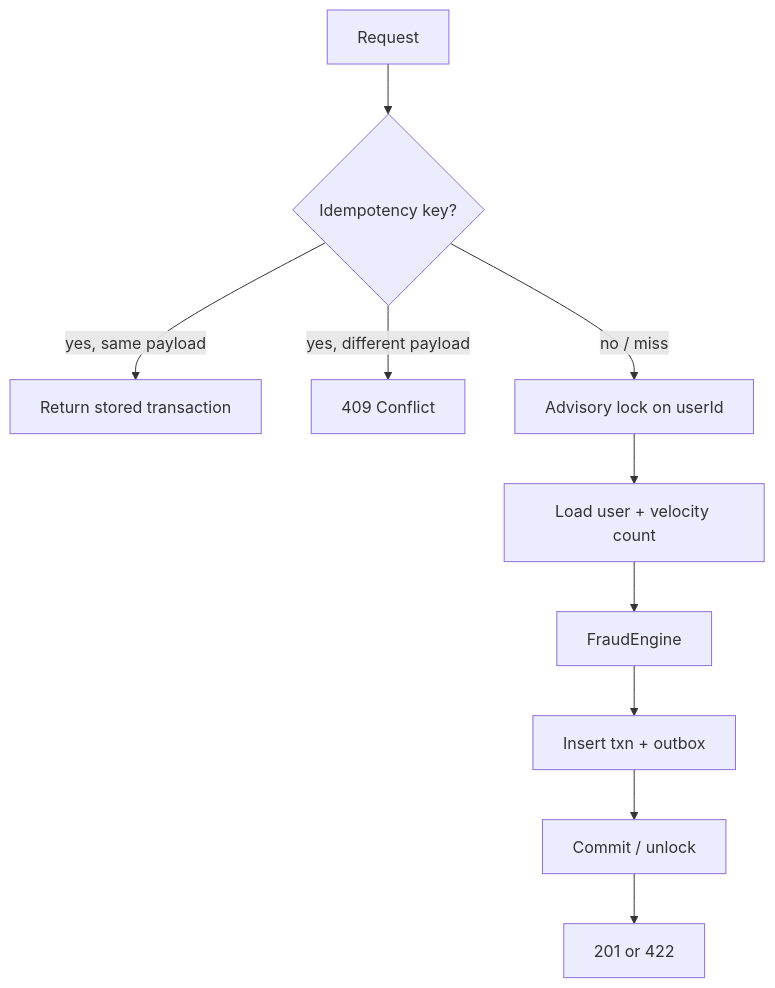
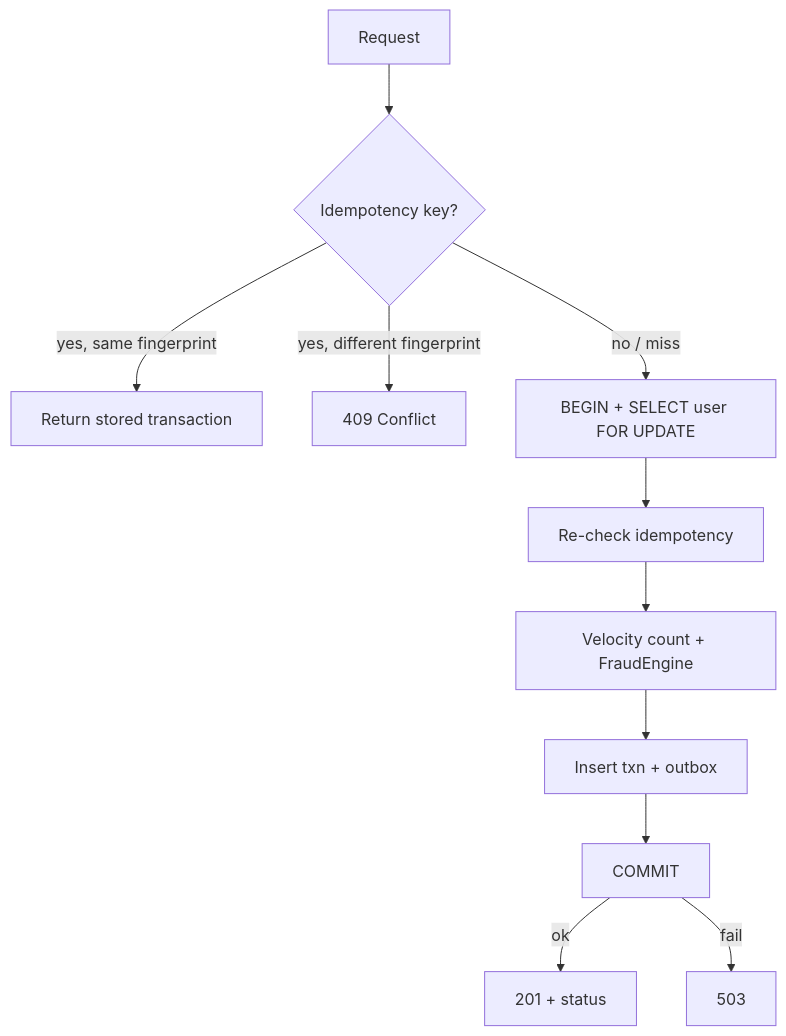
One commit to aaami1ster/payment-processing-system changed the sixth of 7 diagrams in docs/system-design.md. Above: the diagram before and after it, drawn with Mermaid. The commit also changed other lines of this file, not shown here.

Commit message:
docs: update system design document to clarify architecture and assumptions for payment processing service

````diff
--- a/docs/system-design.md
+++ b/docs/system-design.md
@@ -539,12 +931,13 @@
 ```mermaid
 flowchart TD
     A[Request] --> B{Idempotency key?}
-    B -->|yes, same payload| C[Return stored transaction]
-    B -->|yes, different payload| D[409 Conflict]
-    B -->|no / miss| E[Advisory lock on userId]
-    E --> F[Load user + velocity count]
-    F --> G[FraudEngine]
+    B -->|yes, same fingerprint| C[Return stored transaction]
+    B -->|yes, different fingerprint| D[409 Conflict]
+    B -->|no / miss| E[BEGIN + SELECT user FOR UPDATE]
+    E --> F[Re-check idempotency]
+    F --> G[Velocity count + FraudEngine]
     G --> H[Insert txn + outbox]
-    H --> I[Commit / unlock]
-    I --> J[201 or 422]
+    H --> I[COMMIT]
+    I -->|ok| J[201 + status]
+    I -->|fail| K[503]
 ```
````
